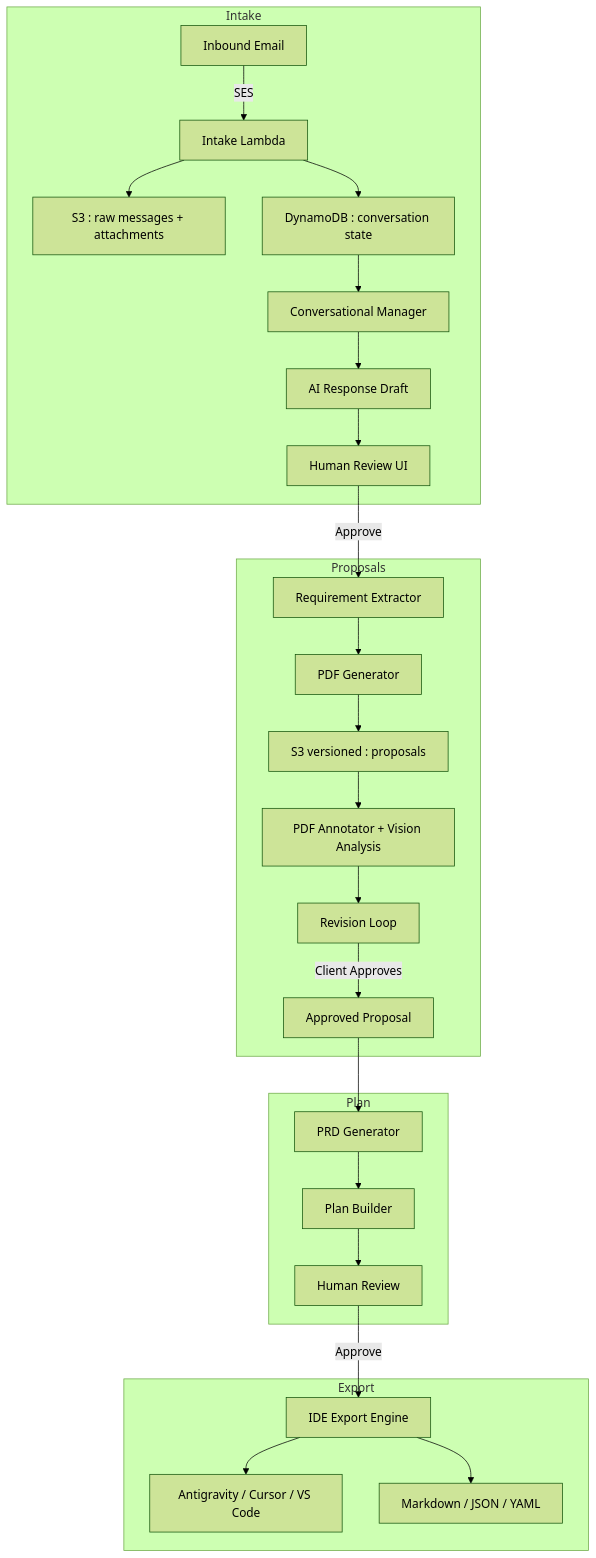
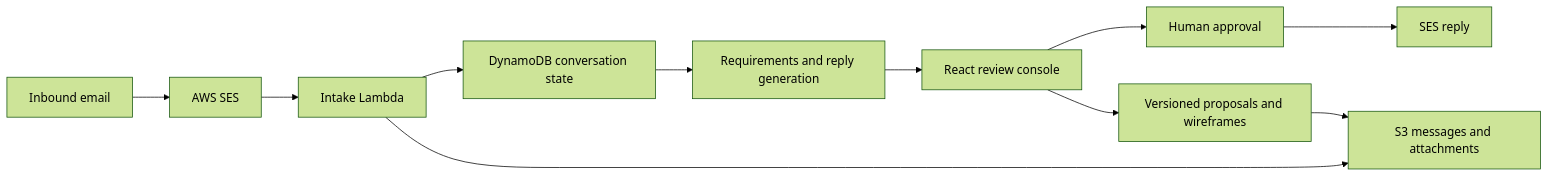
The diagram in README.md (arkb75/SoloPilot), drawn with Mermaid (forest theme) before and after one commit. The commit also changed other lines of this file, not shown here.

````diff
--- a/README.md
+++ b/README.md
@@ -51,32 +32,13 @@
 ```mermaid
-flowchart TD
-  subgraph "Intake"
-    A[Inbound Email] -->|SES| B[Intake Lambda]
-    B --> C[S3 : raw messages + attachments]
-    B --> D[DynamoDB : conversation state]
-    D --> E[Conversational Manager]
-    E --> F[AI Response Draft]
-    F --> G[Human Review UI]
-  end
-
-  subgraph "Proposals"
-    G -->|Approve| H[Requirement Extractor]
-    H --> I[PDF Generator]
-    I --> J[S3 versioned : proposals]
-    J --> K[PDF Annotator + Vision Analysis]
-    K --> L[Revision Loop]
-    L -->|Client Approves| M[Approved Proposal]
-  end
-
-  subgraph "Plan"
-    M --> N[PRD Generator]
-    N --> O[Plan Builder]
-    O --> P[Human Review]
-  end
-
-  subgraph "Export"
-    P -->|Approve| Q[IDE Export Engine]
-    Q --> R[Antigravity / Cursor / VS Code]
-    Q --> S[Markdown / JSON / YAML]
-  end
+flowchart LR
+    Email[Inbound email] --> SES[AWS SES]
+    SES --> Intake[Intake Lambda]
+    Intake --> State[DynamoDB conversation state]
+    Intake --> Files[S3 messages and attachments]
+    State --> Models[Requirements and reply generation]
+    Models --> Console[React review console]
+    Console --> Approval[Human approval]
+    Approval --> Reply[SES reply]
+    Console --> Docs[Versioned proposals and wireframes]
+    Docs --> Files
 ```
````
